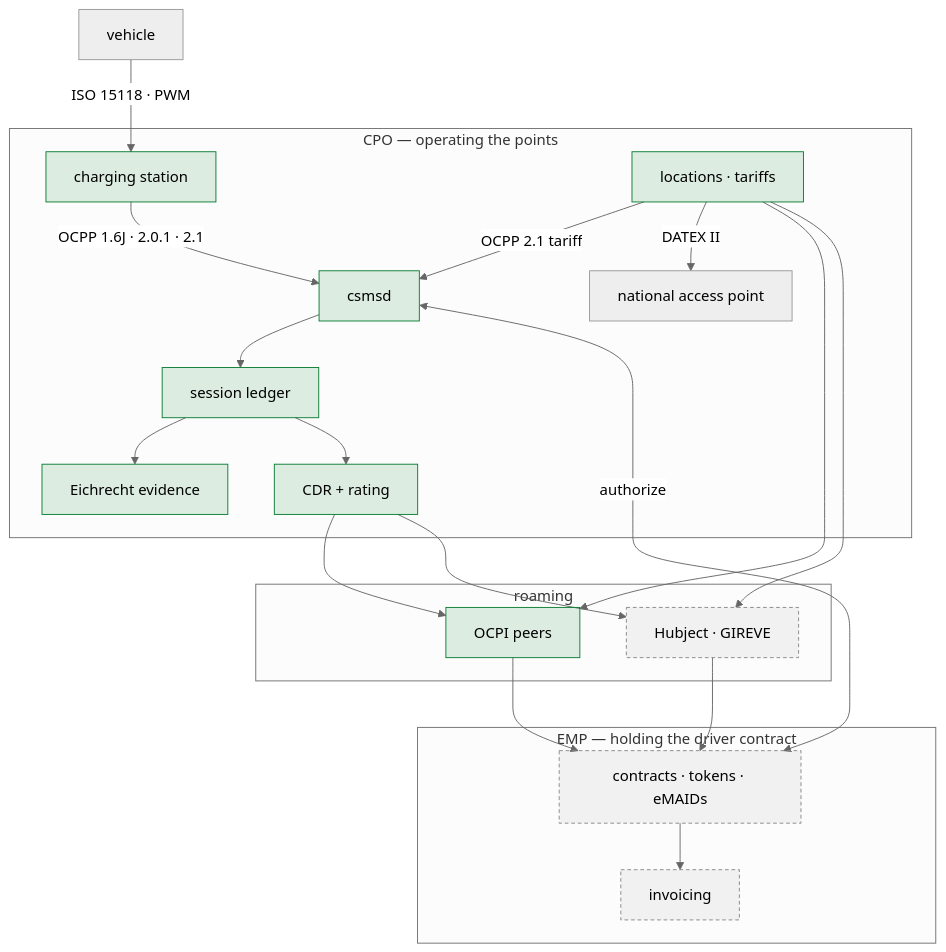
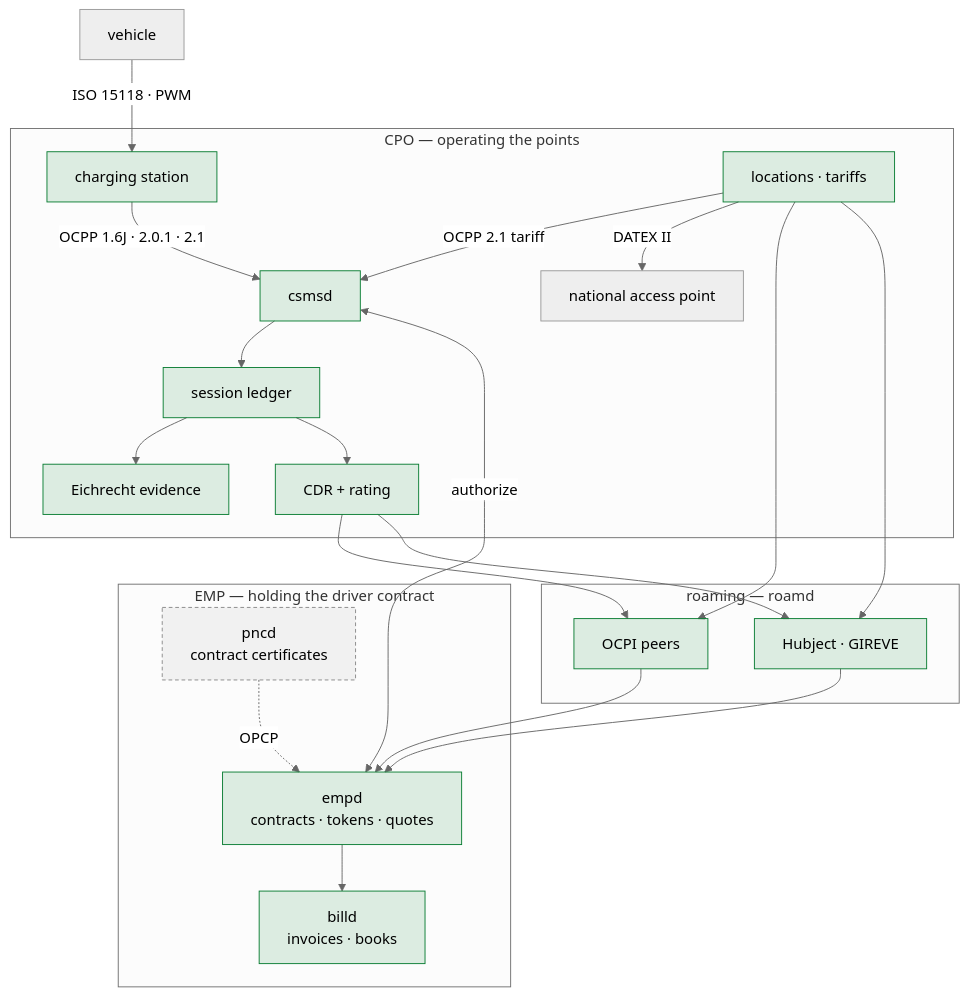
Before and after one commit to hupe1980/emob: the diagram in site/content/docs/architecture.md, drawn with Mermaid (neutral theme). The commit also changed other lines of this file and 83 other files, not shown here.

First line of the commit message:
Enhance schema markup and add breadcrumb navigation in page template

````diff
--- a/site/content/docs/architecture.md
+++ b/site/content/docs/architecture.md
@@ -20,35 +18,37 @@
 ```mermaid
 flowchart TB
     EV["vehicle"] -->|"ISO 15118 · PWM"| CS["charging station"]
 
     subgraph cpo["CPO — operating the points"]
         CS -->|"OCPP 1.6J · 2.0.1 · 2.1"| CSMS["csmsd"]
         CSMS --> SES["session ledger"]
         SES --> EICH["Eichrecht evidence"]
         SES --> CDR["CDR + rating"]
         POI["locations · tariffs"]
         POI -->|"OCPP 2.1 tariff"| CSMS
         POI -->|"DATEX II"| NAP["national access point"]
     end
 
-    subgraph roam["roaming"]
+    subgraph roam["roaming — roamd"]
         P2P["OCPI peers"]
         HUB["Hubject · GIREVE"]
     end
 
     subgraph emp["EMP — holding the driver contract"]
-        TOK["contracts · tokens · eMAIDs"]
-        INV["invoicing"]
+        TOK["empd<br/>contracts · tokens · quotes"]
+        INV["billd<br/>invoices · books"]
+        PNC["pncd<br/>contract certificates"]
     end
 
     CDR --> P2P & HUB
     POI --> P2P & HUB
     P2P & HUB --> TOK
     TOK --> INV
     CSMS <-->|authorize| TOK
+    PNC -.->|"OPCP"| TOK
 
     classDef built fill:#0a7d3322,stroke:#0a7d33
     classDef planned fill:#88888818,stroke:#888,stroke-dasharray:4 3
-    class CS,CSMS,SES,EICH,CDR,POI,P2P built
-    class HUB,TOK,INV planned
+    class CS,CSMS,SES,EICH,CDR,POI,P2P,HUB,TOK,INV built
+    class PNC planned
 ```
````
